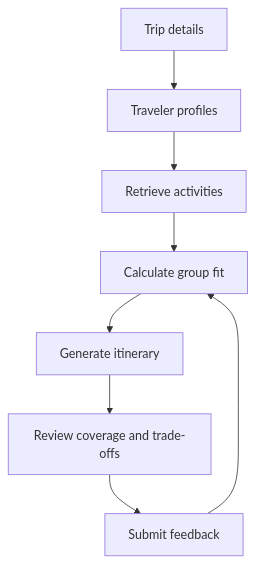
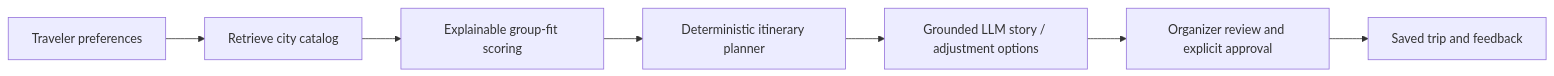
One commit to coco-siyu/TripSync changed the diagram in README.md. Above: the diagram before and after it, drawn with Mermaid. The commit also changed other lines of this file and 44 other files, not shown here.

Commit message:
Complete TripSync planning flow and deployment setup

````diff
--- a/README.md
+++ b/README.md
@@ -44,10 +33,9 @@
 ```mermaid
-flowchart TD
-    A["Trip details"] --> B["Traveler profiles"]
-    B --> C["Retrieve activities"]
-    C --> D["Calculate group fit"]
-    D --> E["Generate itinerary"]
-    E --> F["Review coverage and trade-offs"]
-    F --> G["Submit feedback"]
-    G --> D
+flowchart LR
+    A["Traveler preferences"] --> B["Retrieve city catalog"]
+    B --> C["Explainable group-fit scoring"]
+    C --> D["Deterministic itinerary planner"]
+    D --> E["Grounded LLM story / adjustment options"]
+    E --> F["Organizer review and explicit approval"]
+    F --> G["Saved trip and feedback"]
 ```
````
